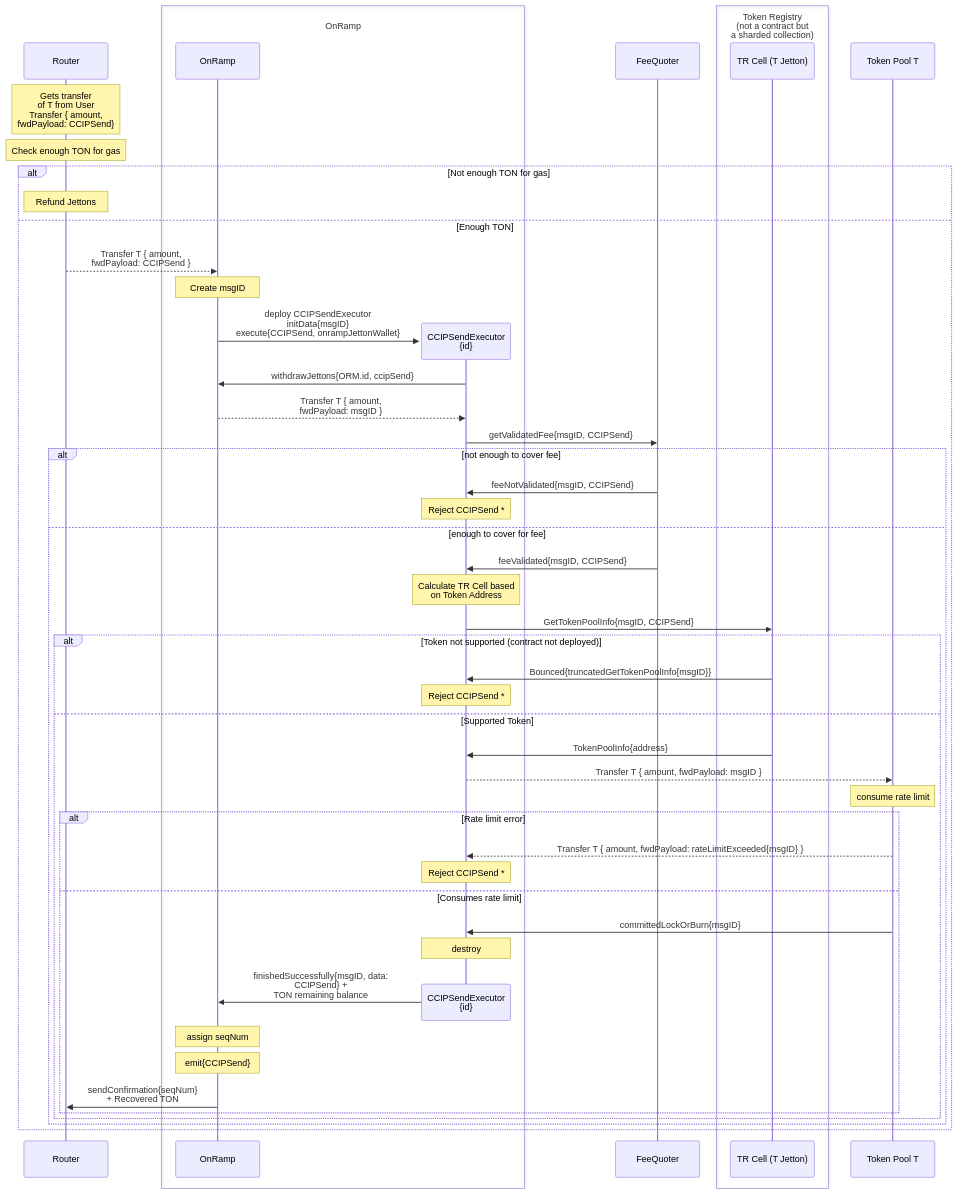
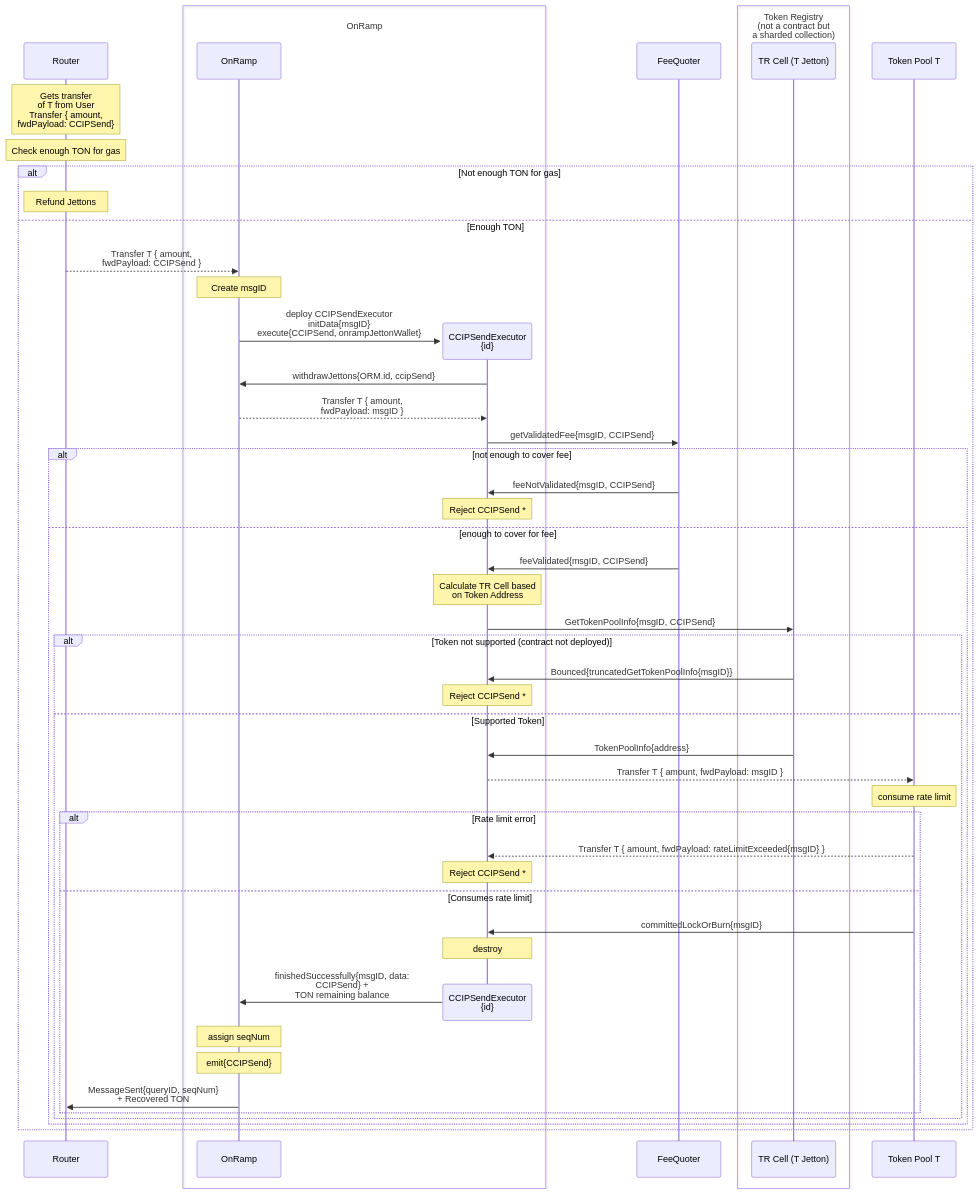
The first of 2 diagrams in docs/contracts/ccip/flow/onramp/token-transfer.md (smartcontractkit/chainlink-ton), drawn with Mermaid before and after one commit. The commit also changed other lines of this file and 2 other files, not shown here.

````diff
--- a/docs/contracts/ccip/flow/onramp/token-transfer.md
+++ b/docs/contracts/ccip/flow/onramp/token-transfer.md
@@ -9,70 +9,70 @@
 ```mermaid
 sequenceDiagram
     participant R as Router
 
     Note over R: Gets transfer<br>of T from User<br>Transfer { amount,<br>fwdPayload: CCIPSend}
     Note over R: Check enough TON for gas 
     alt Not enough TON for gas
     Note over R: Refund Jettons
     else Enough TON
 
     R -->> OR: Transfer T { amount,<br>fwdPayload: CCIPSend }
     
     Note over OR: Create msgID
     create participant ORM
     OR ->> ORM: deploy CCIPSendExecutor <br>initData{msgID}<br>execute{CCIPSend, onrampJettonWallet}
     ORM ->> OR: withdrawJettons{ORM.id, ccipSend}
     OR -->> ORM: Transfer T { amount,<br>fwdPayload: msgID }
 
     box OnRamp
     participant OR as OnRamp
     participant ORM as CCIPSendExecutor<br>{id}
     end
 
     participant FQ as FeeQuoter
 
     box Token Registry<br>(not a contract but<br>a sharded collection)
     participant TRC as TR Cell (T Jetton)
     end
 
     participant TP as Token Pool T
 
     ORM ->> FQ: getValidatedFee{msgID, CCIPSend}
 
 
     alt not enough to cover fee
     FQ ->> ORM: feeNotValidated{msgID, CCIPSend}
     Note over ORM: Reject CCIPSend *
 
     else enough to cover for fee
     FQ ->> ORM: feeValidated{msgID, CCIPSend}
     Note over ORM: Calculate TR Cell based<br>on Token Address
 
     ORM ->> TRC: GetTokenPoolInfo{msgID, CCIPSend}
 
     alt Token not supported (contract not deployed)
     TRC ->> ORM: Bounced{truncatedGetTokenPoolInfo{msgID}}
     Note over ORM: Reject CCIPSend *
     else Supported Token
     TRC ->> ORM: TokenPoolInfo{address}
 
     ORM -->> TP: Transfer T { amount, fwdPayload: msgID }
     
     Note over TP: consume rate limit
     alt Rate limit error
     TP -->> ORM: Transfer T { amount, fwdPayload: rateLimitExceeded{msgID} }
     Note over ORM: Reject CCIPSend *
 
     else Consumes rate limit
     TP ->> ORM: committedLockOrBurn{msgID} 
     Note over ORM: destroy
     destroy ORM
     ORM ->> OR: finishedSuccessfully{msgID, data:<br>CCIPSend} +<br>TON remaining balance
     note over OR: assign seqNum
     note over OR: emit{CCIPSend}
-    OR ->> R: sendConfirmation{seqNum}<br>+ Recovered TON
+    OR ->> R: MessageSent{queryID, seqNum}<br>+ Recovered TON
     end
     end
     end
     end
 ```
````
